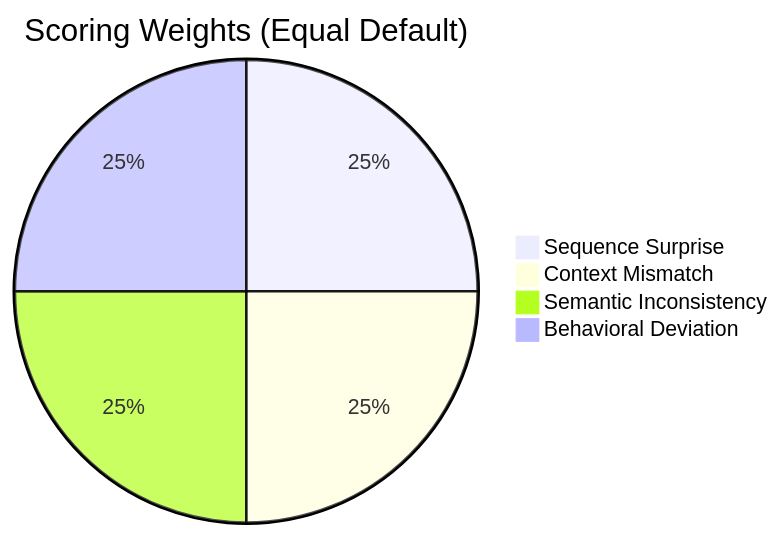
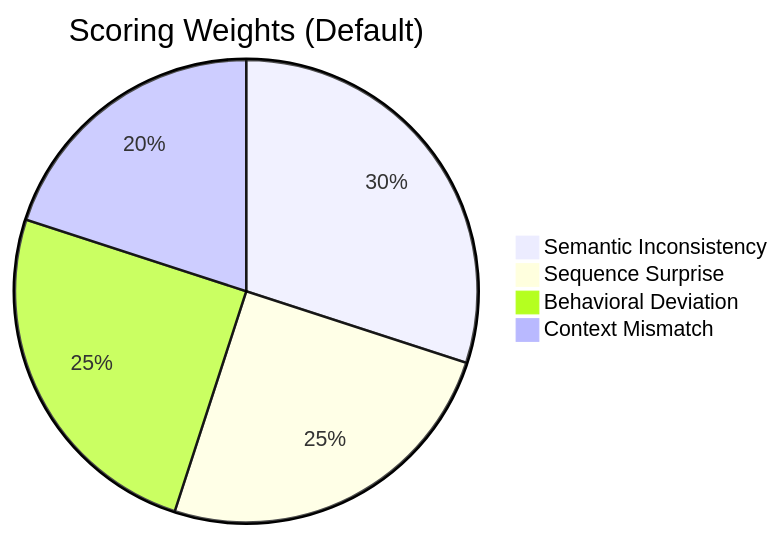
Before and after one commit to rachitGupta-ai/IntentGuard: the sixth of 26 diagrams in docs/product-design-and-execution-flow.md, drawn with Mermaid. The commit also changed other lines of this file and 29 other files, not shown here.

````diff
--- a/docs/product-design-and-execution-flow.md
+++ b/docs/product-design-and-execution-flow.md
@@ -216,7 +255,7 @@
 ```mermaid
-pie title Scoring Weights (Equal Default)
+pie title Scoring Weights (Default)
+    "Semantic Inconsistency" : 30
     "Sequence Surprise" : 25
-    "Context Mismatch" : 25
-    "Semantic Inconsistency" : 25
     "Behavioral Deviation" : 25
+    "Context Mismatch" : 20
 ```
````
